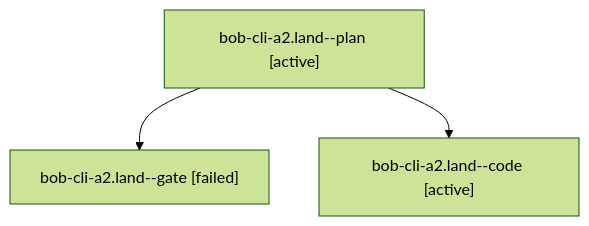
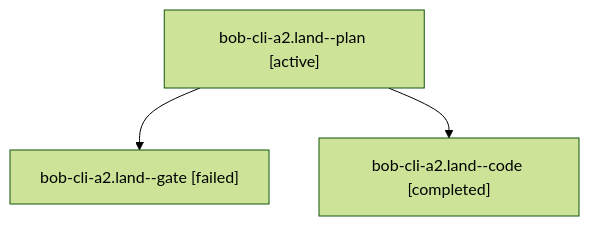
One commit to bobs-org/bob-cli--agents changed the diagram in sessions/bbugyi200.athena.bob-cli-a2.land.md. Above: the diagram before and after it, drawn with Mermaid (forest theme). The commit also changed other lines of this file and 51 other files, not shown here.

````diff
--- a/sessions/bbugyi200.athena.bob-cli-a2.land.md
+++ b/sessions/bbugyi200.athena.bob-cli-a2.land.md
@@ -9,8 +9,8 @@
 ```mermaid
 flowchart TD
   n0["bob-cli-a2.land--plan [active]"]
   n1["bob-cli-a2.land--gate [failed]"]
   n0 --> n1
-  n2["bob-cli-a2.land--code [active]"]
+  n2["bob-cli-a2.land--code [completed]"]
   n0 --> n2
 ```
````
